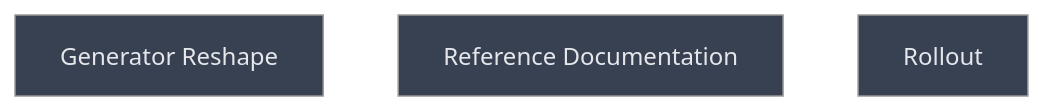
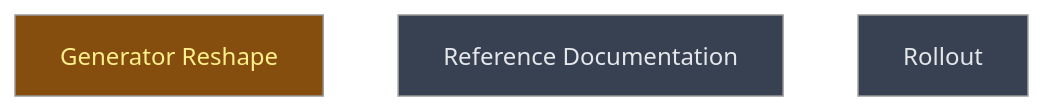
One commit to CrackingShells/cracking-shells-playbook changed the diagram in __roadmap__/agent_plugin_nest/generator/README.md. Above: the diagram before and after it, drawn with Mermaid (neutral theme). The commit also changed other lines of this file and 1 other file, not shown here.

Commit message:
chore(roadmap): open the generator level with generator_reshape in progress

````diff
--- a/__roadmap__/agent_plugin_nest/generator/README.md
+++ b/__roadmap__/agent_plugin_nest/generator/README.md
@@ -23,11 +23,11 @@
 ```mermaid
 graph TD
-    generator_reshape[Generator Reshape]:::planned
+    generator_reshape[Generator Reshape]:::inprogress
     reference_docs[Reference Documentation]:::planned
     rollout[Rollout]:::planned
     classDef done       fill:#166534,color:#bbf7d0
     classDef inprogress fill:#854d0e,color:#fef08a
     classDef planned    fill:#374151,color:#e5e7eb
     classDef amendment  fill:#1e3a5f,color:#bfdbfe
     classDef blocked    fill:#7f1d1d,color:#fecaca
 ```
````
